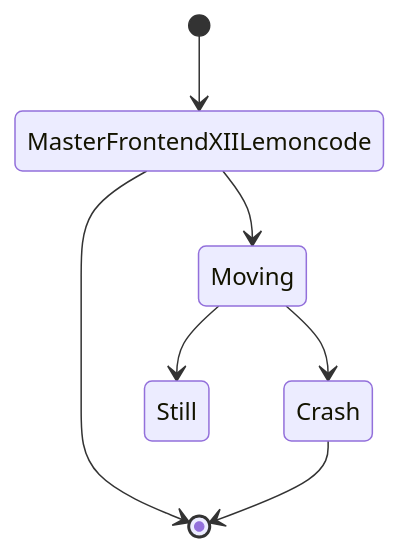
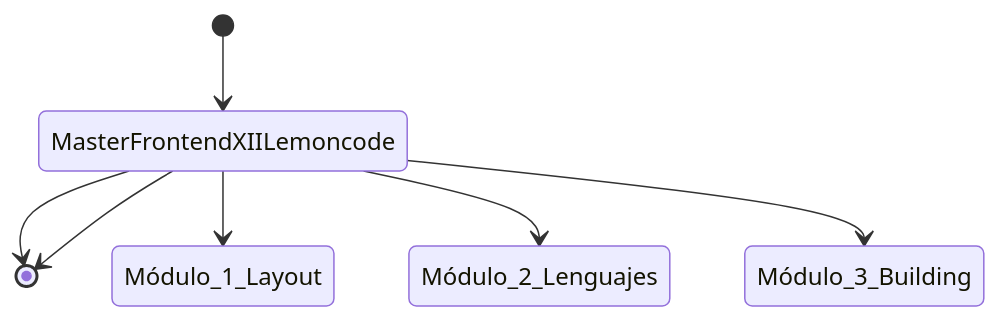
One commit to MiguelJiRo/Master-Frontend-XII-Lemoncode changed the diagram in README.md. Above: the diagram before and after it, drawn with Mermaid.

````diff
--- a/README.md
+++ b/README.md
@@ -19,10 +19,10 @@
  ```mermaid
     stateDiagram
         [*] --> MasterFrontendXIILemoncode
         MasterFrontendXIILemoncode --> [*]
 
-        MasterFrontendXIILemoncode --> Moving
-        Moving --> Still
-        Moving --> Crash
-        Crash --> [*]
+        MasterFrontendXIILemoncode --> Módulo_1_Layout
+        MasterFrontendXIILemoncode --> Módulo_2_Lenguajes
+        MasterFrontendXIILemoncode --> Módulo_3_Building
+        MasterFrontendXIILemoncode --> [*]
  ```
````
